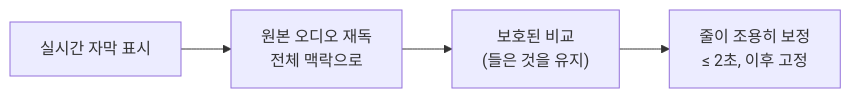
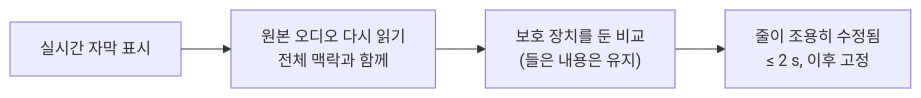
One commit to rpalm01-star/VigilantEarLegal changed the third of 4 diagrams in README_ko.md. Above: the diagram before and after it, drawn with Mermaid. The commit also changed other lines of this file and 29 other files, not shown here.

````diff
--- a/README_ko.md
+++ b/README_ko.md
@@ -149,4 +157,4 @@
 ```mermaid
 graph LR
-    L["실시간 자막 표시"] --> K["원본 오디오 재독<br/>전체 맥락으로"] --> V["보호된 비교<br/>(들은 것을 유지)"] --> W["줄이 조용히 보정<br/>≤ 2초, 이후 고정"]
+    L["실시간 자막 표시"] --> K["원본 오디오 다시 읽기<br/>전체 맥락과 함께"] --> V["보호 장치를 둔 비교<br/>(들은 내용은 유지)"] --> W["줄이 조용히 수정됨<br/>≤ 2 s, 이후 고정"]
 ```
````
